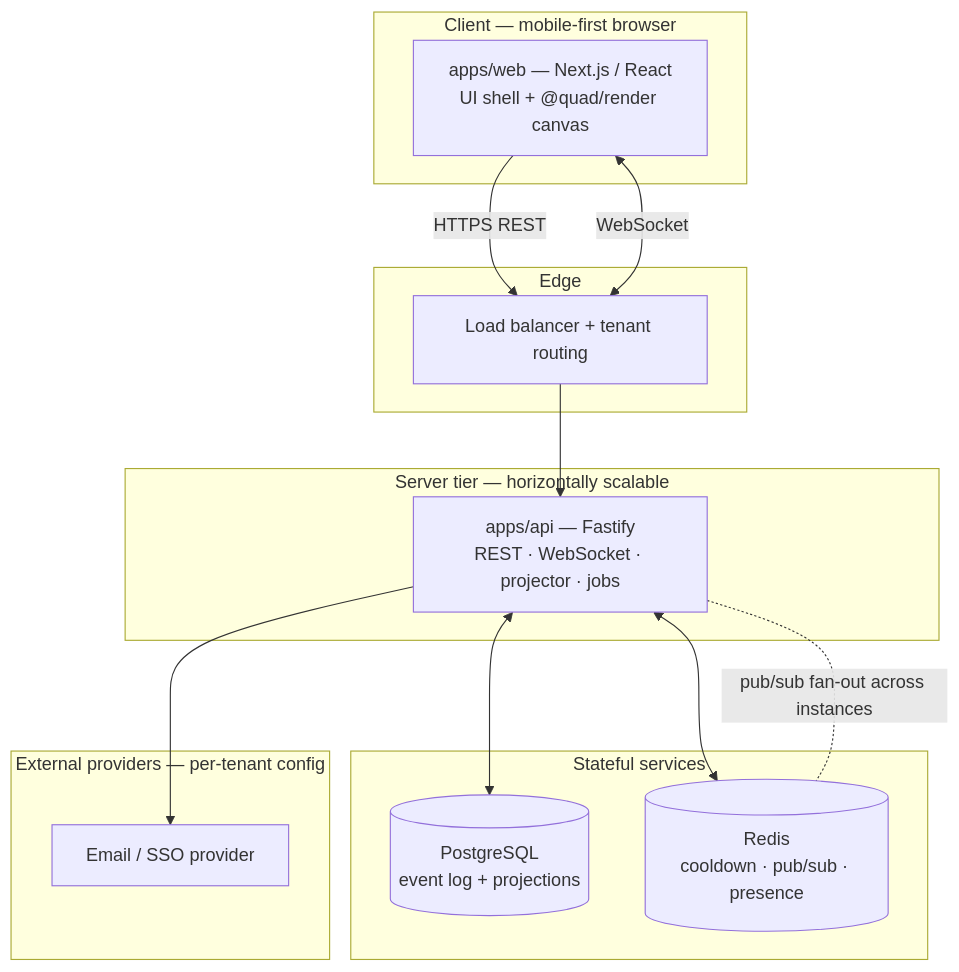
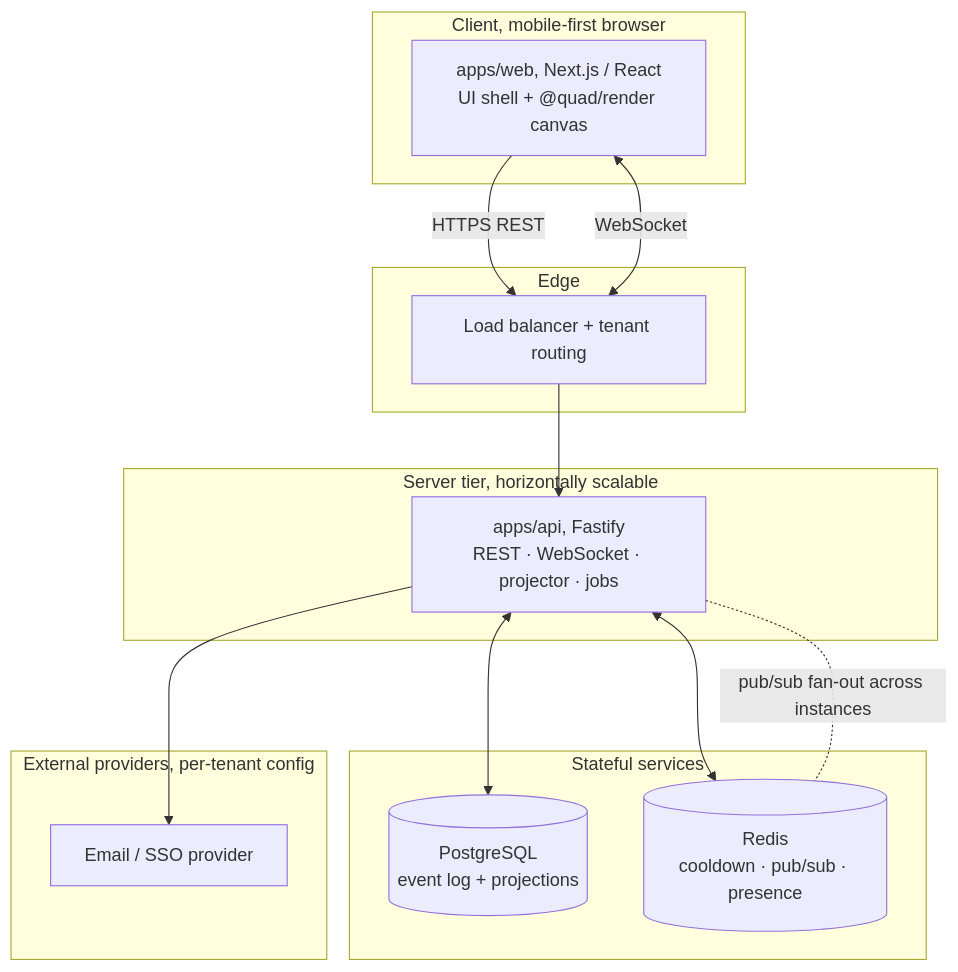
One commit to div0rce/quad-canvas changed the fourth of 4 diagrams in docs/ARCHITECTURE.md. Above: the diagram before and after it, drawn with Mermaid. The commit also changed other lines of this file and 98 other files, not shown here.

````diff
--- a/docs/ARCHITECTURE.md
+++ b/docs/ARCHITECTURE.md
@@ -278,26 +278,26 @@
 ```mermaid
 flowchart TB
-  subgraph Client["Client — mobile-first browser"]
-    WEB["apps/web — Next.js / React<br/>UI shell + @quad/render canvas"]
+  subgraph Client["Client, mobile-first browser"]
+    WEB["apps/web, Next.js / React<br/>UI shell + @quad/render canvas"]
   end
   subgraph Edge["Edge"]
     LB["Load balancer + tenant routing"]
   end
-  subgraph Server["Server tier — horizontally scalable"]
-    API["apps/api — Fastify<br/>REST · WebSocket · projector · jobs"]
+  subgraph Server["Server tier, horizontally scalable"]
+    API["apps/api, Fastify<br/>REST · WebSocket · projector · jobs"]
   end
   subgraph Stateful["Stateful services"]
     PG[("PostgreSQL<br/>event log + projections")]
     RDS[("Redis<br/>cooldown · pub/sub · presence")]
   end
-  subgraph Ext["External providers — per-tenant config"]
+  subgraph Ext["External providers, per-tenant config"]
     IDP["Email / SSO provider"]
   end
   WEB -->|"HTTPS REST"| LB
   WEB <-->|"WebSocket"| LB
   LB --> API
   API <--> PG
   API <--> RDS
   API --> IDP
   API -. "pub/sub fan-out across instances" .- RDS
 ```
````
